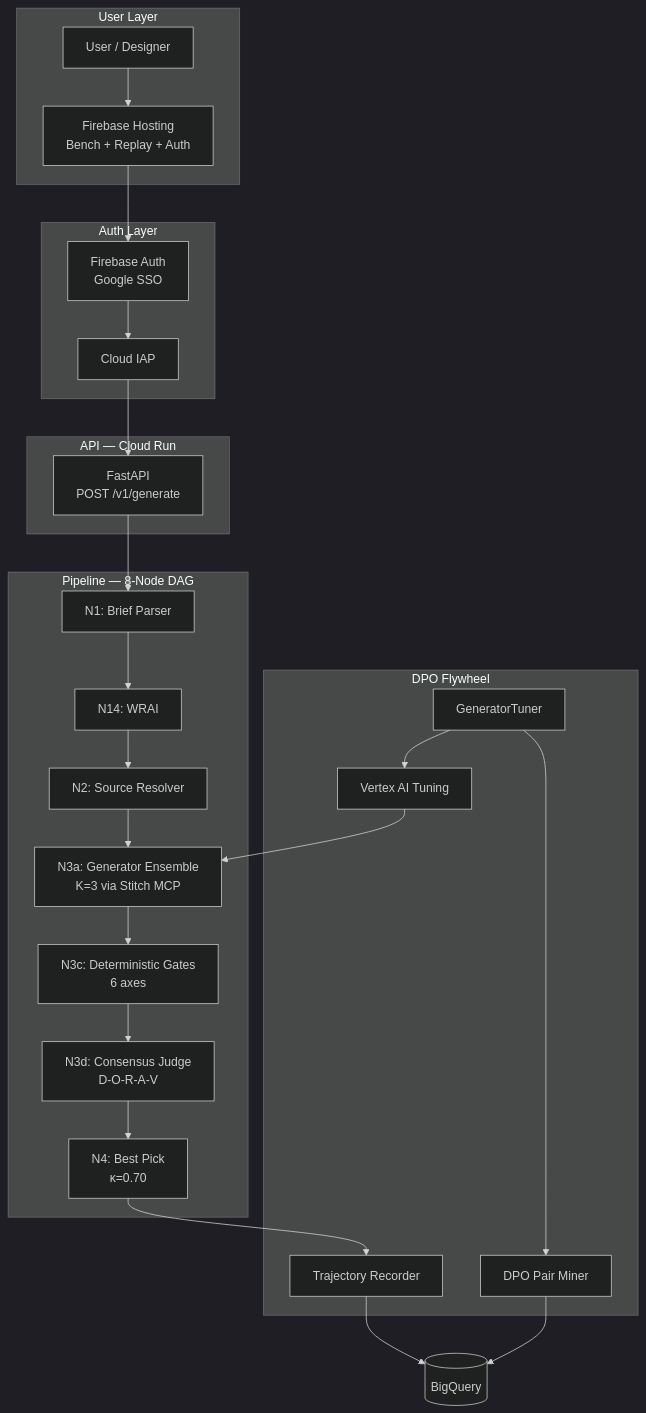
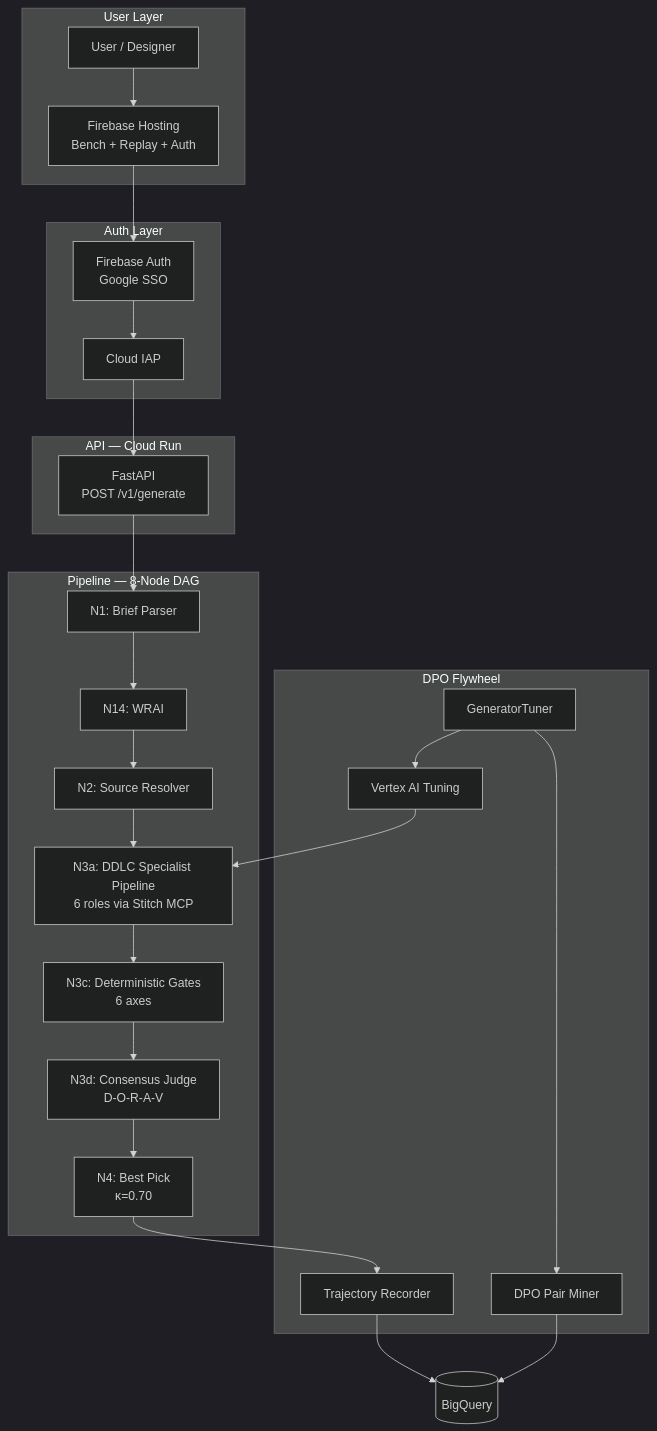
The diagram in README.md (Manzela/Atelier), drawn with Mermaid (dark theme) before and after one commit. The commit also changed other lines of this file and 3 other files, not shown here.

````diff
--- a/README.md
+++ b/README.md
@@ -31,40 +31,40 @@
 ```mermaid
 graph TB
     subgraph "User Layer"
         U["User / Designer"]
         DASH["Firebase Hosting<br/>Bench + Replay + Auth"]
     end
 
     subgraph "Auth Layer"
         FB["Firebase Auth<br/>Google SSO"]
         IAP["Cloud IAP"]
     end
 
     subgraph "API — Cloud Run"
         API["FastAPI<br/>POST /v1/generate"]
     end
 
     subgraph "Pipeline — 8-Node DAG"
         N1["N1: Brief Parser"]
         N14["N14: WRAI"]
         N2["N2: Source Resolver"]
-        N3A["N3a: Generator Ensemble<br/>K=3 via Stitch MCP"]
+        N3A["N3a: DDLC Specialist Pipeline<br/>6 roles via Stitch MCP"]
         N3C["N3c: Deterministic Gates<br/>6 axes"]
         N3D["N3d: Consensus Judge<br/>D-O-R-A-V"]
         N4["N4: Best Pick<br/>κ=0.70"]
     end
 
     subgraph "DPO Flywheel"
         TR["Trajectory Recorder"]
         MINER["DPO Pair Miner"]
         TUNER["GeneratorTuner"]
         VERTEX["Vertex AI Tuning"]
     end
 
     U --> DASH --> FB --> IAP --> API --> N1
     N1 --> N14 --> N2 --> N3A --> N3C --> N3D --> N4
     N4 --> TR --> BQ[("BigQuery")]
     MINER --> BQ
     TUNER --> MINER
     TUNER --> VERTEX --> N3A
 ```
````
